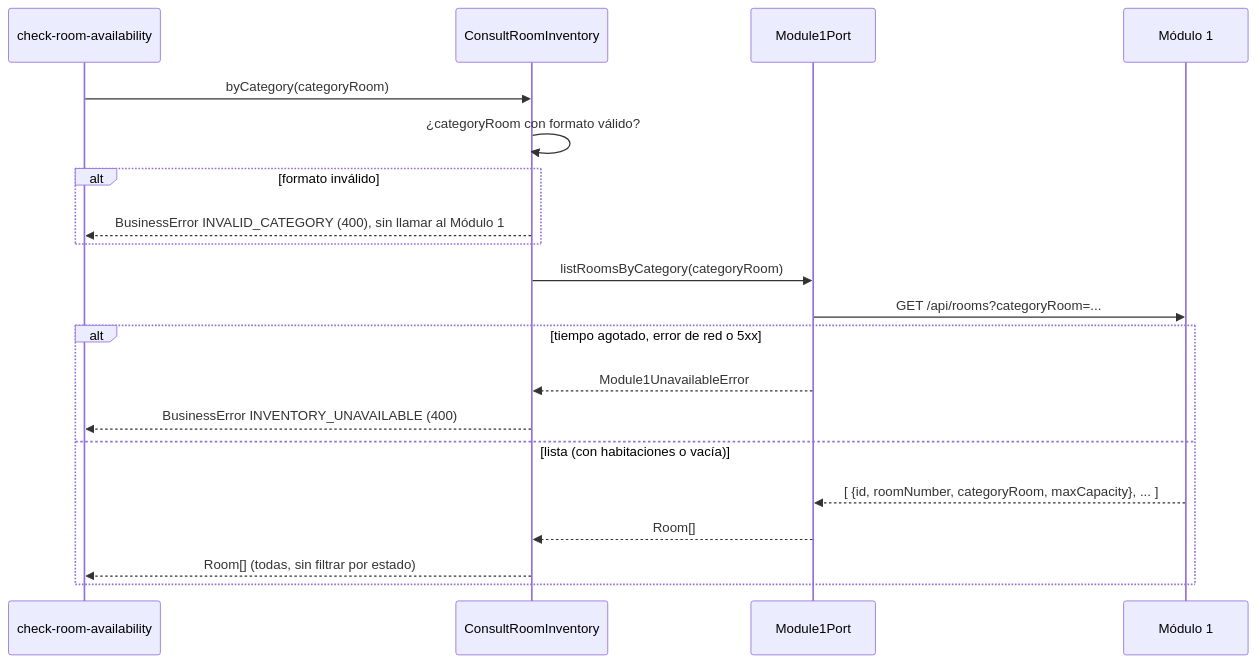
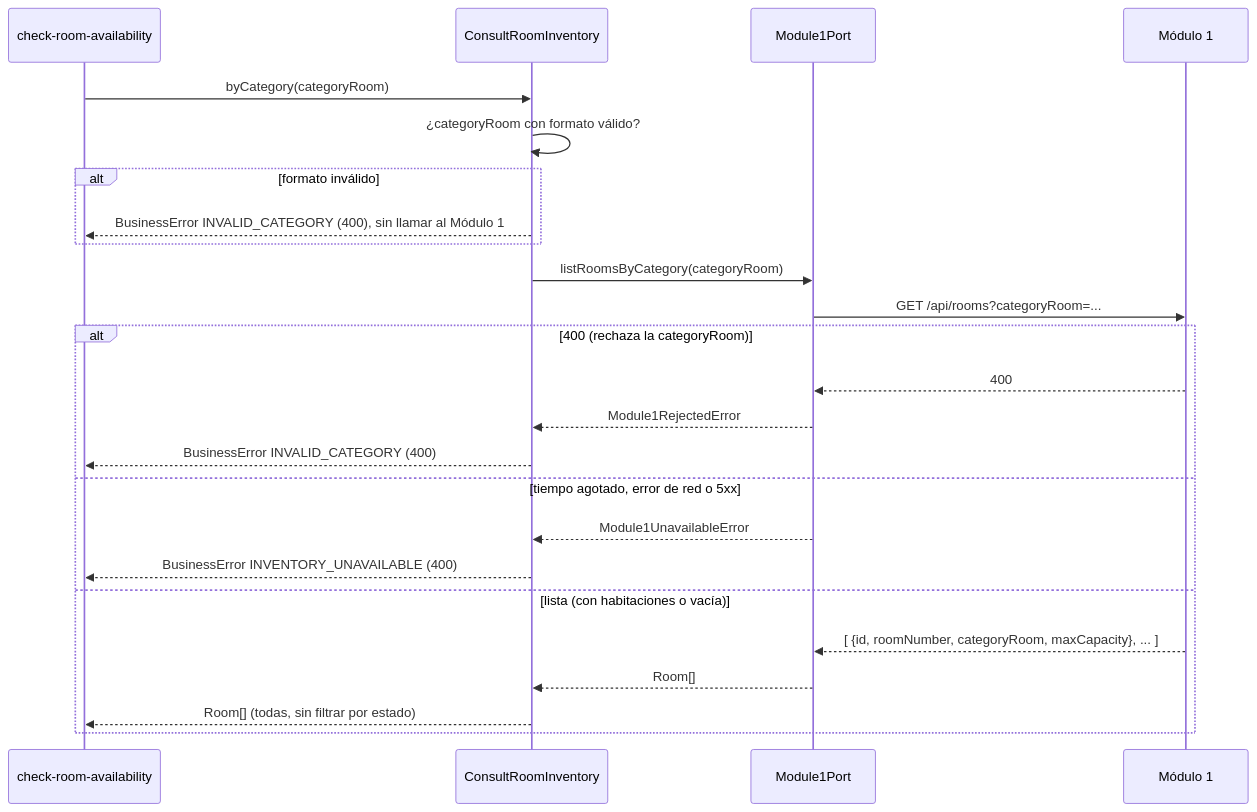
One commit to Lapicero312-lapi/HOSPITUA-MOD-2 changed the second of 3 diagrams in specs/consult-room-inventory/plan.md. Above: the diagram before and after it, drawn with Mermaid. The commit also changed other lines of this file, not shown here.

Commit message:
docs(specs): D2 muestra el 400 del Módulo 1 como INVALID_CATEGORY y los datos de las pruebas de byCategory (tarea #46)
D2 suma la rama del 400 del Módulo 1 (rechaza la categoryRoom), que da INVALID_CATEGORY como dice la
tabla de errores, igual que D1 con el roomId. "Pruebas por escenario" suma la fila de datos de T006:
las habitaciones 201 y 202 del ejemplo A2, la categoría SUITE_JUNIOR sin habitaciones, las categorías
inválidas que se rechazan sin llamar al Módulo 1 (doble y vacía) y el 400 del Módulo 1.

Claude-Session: https://claude.ai/code/session_01Neu5RhQBiJXvczpe6oHo6S

````diff
--- a/specs/consult-room-inventory/plan.md
+++ b/specs/consult-room-inventory/plan.md
@@ -190,23 +190,27 @@
 ```mermaid
 sequenceDiagram
     participant V as check-room-availability
     participant U as ConsultRoomInventory
     participant P as Module1Port
     participant M1 as Módulo 1
 
     V->>U: byCategory(categoryRoom)
     U->>U: ¿categoryRoom con formato válido?
     alt formato inválido
         U-->>V: BusinessError INVALID_CATEGORY (400), sin llamar al Módulo 1
     end
     U->>P: listRoomsByCategory(categoryRoom)
     P->>M1: GET /api/rooms?categoryRoom=...
-    alt tiempo agotado, error de red o 5xx
+    alt 400 (rechaza la categoryRoom)
+        M1-->>P: 400
+        P-->>U: Module1RejectedError
+        U-->>V: BusinessError INVALID_CATEGORY (400)
+    else tiempo agotado, error de red o 5xx
         P-->>U: Module1UnavailableError
         U-->>V: BusinessError INVENTORY_UNAVAILABLE (400)
     else lista (con habitaciones o vacía)
         M1-->>P: [ {id, roomNumber, categoryRoom, maxCapacity}, ... ]
         P-->>U: Room[]
         U-->>V: Room[] (todas, sin filtrar por estado)
     end
 ```
````
